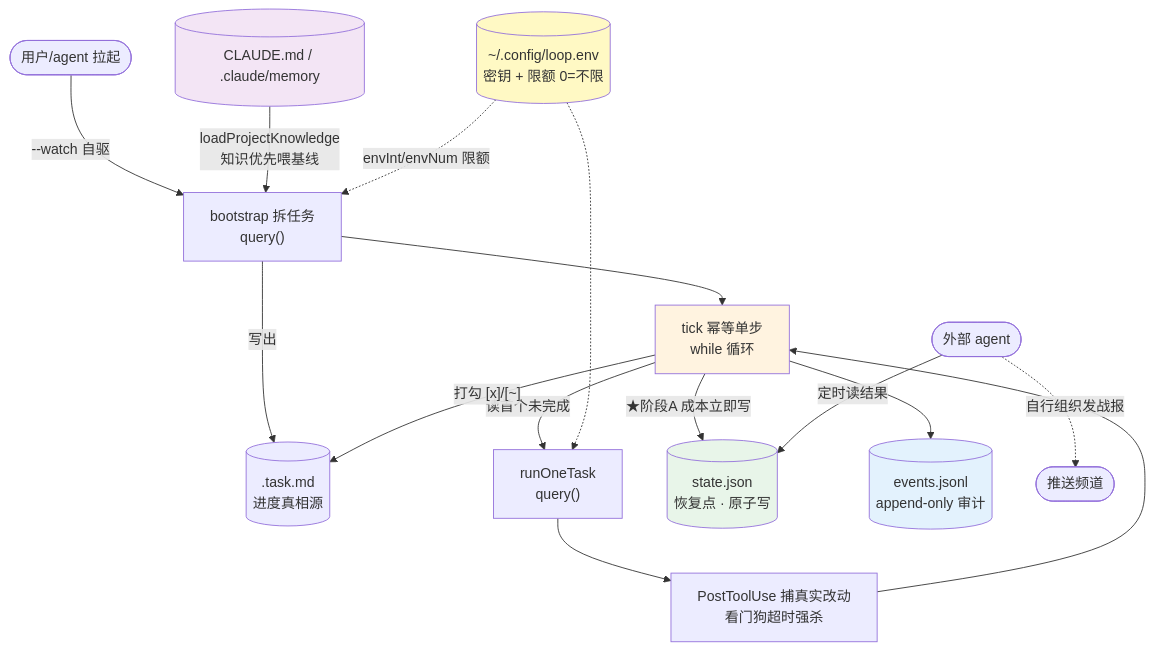
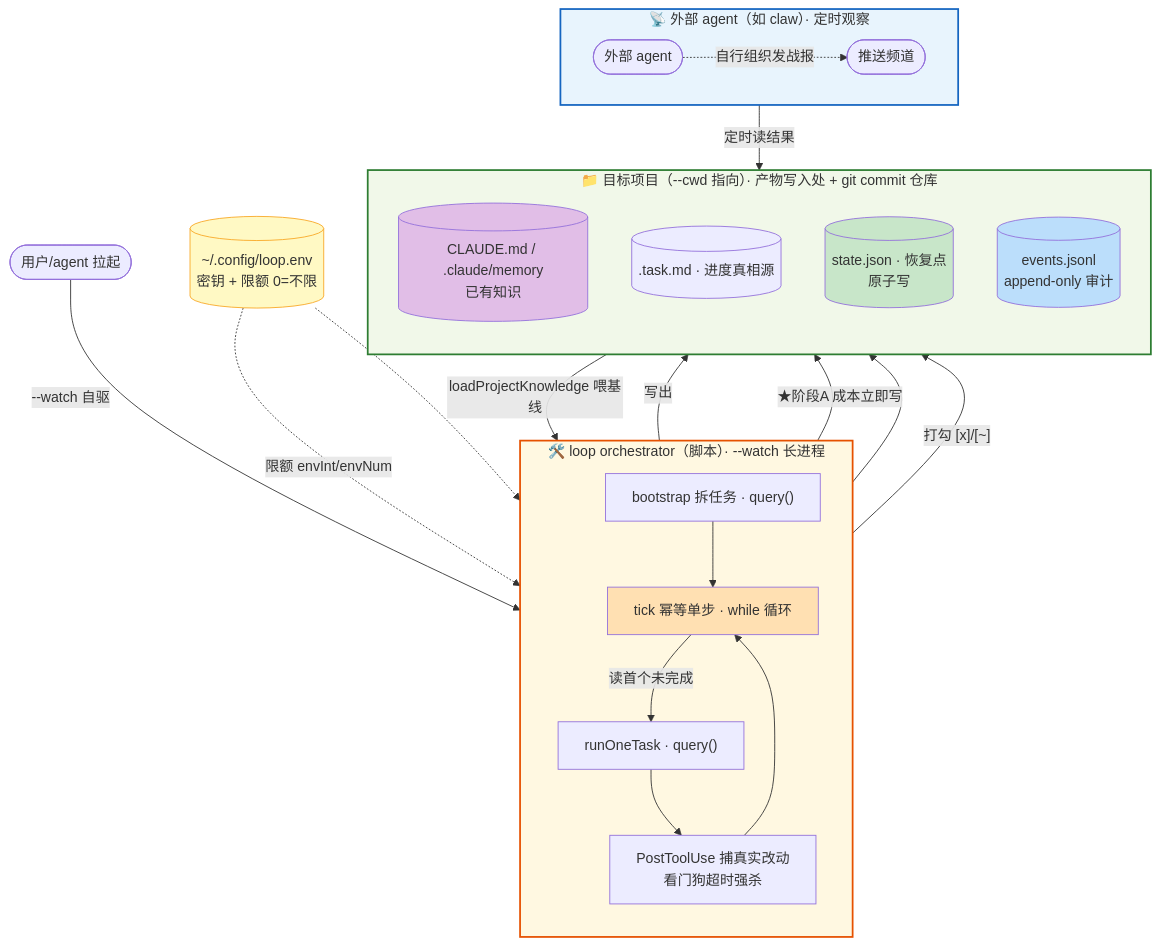
Before and after one commit to free-wyq/loop: the first of 3 diagrams in README.md, drawn with Mermaid. The commit also changed other lines of this file, not shown here.

Commit message:
docs(README): 架构图加边界框——项目/脚本/外部 agent 三个 subgraph
之前节点平铺分不清边界。现用 subgraph 框出三个边界：
- 绿框=项目（--cwd 目录，知识+产物+git commit 都在这）
- 橙框=脚本（--watch 进程，bootstrap+tick 两个 query）
- 蓝框=外部 agent（定时读已落盘结果发战报，与脚本互不依赖）
配文字说明每框管什么。

````diff
--- a/README.md
+++ b/README.md
@@ -37,30 +37,52 @@
 ```mermaid
 flowchart TB
     User([用户/agent 拉起])
+
+    subgraph PROJ["📁 目标项目（--cwd 指向）· 产物写入处 + git commit 仓库"]
+      direction TB
+      KNOW[("CLAUDE.md / .claude/memory<br/>已有知识")]
+      TASK[(".task.md · 进度真相源")]
+      STATE[("state.json · 恢复点<br/>原子写")]
+      EVENTS[("events.jsonl<br/>append-only 审计")]
+    end
+
+    subgraph SCRIPT["🛠️ loop orchestrator（脚本）· --watch 长进程"]
+      direction TB
+      BOOT["bootstrap 拆任务 · query()"]
+      TICK["tick 幂等单步 · while 循环"]
+      RUN["runOneTask · query()"]
+      SDK["PostToolUse 捕真实改动<br/>看门狗超时强杀"]
+    end
+
     ENV[("~/.config/loop.env<br/>密钥 + 限额 0=不限")]
-    KNOW[("CLAUDE.md / .claude/memory")]
 
-    User -->|"--watch 自驱"| BOOT["bootstrap 拆任务<br/>query()"]
-    KNOW -->|"loadProjectKnowledge<br/>知识优先喂基线"| BOOT
-    ENV -.->|"envInt/envNum 限额"| BOOT
-    BOOT -->|"写出"| TASK[(".task.md<br/>进度真相源")]
-    BOOT --> TICK["tick 幂等单步<br/>while 循环"]
+    subgraph EXTBOX["📡 外部 agent（如 claw）· 定时观察"]
+      direction LR
+      Ext([外部 agent])
+      Push([推送频道])
+    end
 
-    TICK -->|"读首个未完成"| RUN["runOneTask<br/>query()"]
+    User -->|"--watch 自驱"| BOOT
+    KNOW -->|"loadProjectKnowledge 喂基线"| BOOT
+    ENV -.->|"限额 envInt/envNum"| BOOT
+    BOOT -->|"写出"| TASK
+    BOOT --> TICK
+    TICK -->|"读首个未完成"| RUN
     ENV -.-> RUN
-    RUN --> SDK["PostToolUse 捕真实改动<br/>看门狗超时强杀"]
+    RUN --> SDK
     SDK --> TICK
-    TICK -->|"★阶段A 成本立即写"| STATE[("state.json<br/>恢复点 · 原子写")]
-    TICK --> EVENTS[("events.jsonl<br/>append-only 审计")]
+    TICK -->|"★阶段A 成本立即写"| STATE
+    TICK --> EVENTS
     TICK -->|"打勾 [x]/[~]"| TASK
+    Ext -->|"定时读结果"| STATE
+    Ext -.->|"自行组织发战报"| Push
 
-    Ext([外部 agent])
-    Ext -->|"定时读结果"| STATE
-    Ext -.->|"自行组织发战报"| Push([推送频道])
-
-    style STATE fill:#e8f5e9
-    style EVENTS fill:#e3f2fd
-    style TICK fill:#fff3e0
-    style KNOW fill:#f3e5f5
-    style ENV fill:#fff9c4
+    style PROJ fill:#f1f8e9,stroke:#2e7d32,stroke-width:2px
+    style SCRIPT fill:#fff8e1,stroke:#e65100,stroke-width:2px
+    style EXTBOX fill:#e8f4fd,stroke:#1565c0,stroke-width:2px
+    style ENV fill:#fff9c4,stroke:#f9a825,stroke-width:1px
+    style STATE fill:#c8e6c9
+    style EVENTS fill:#bbdefb
+    style TICK fill:#ffe0b2
+    style KNOW fill:#e1bee7
 ```
````
